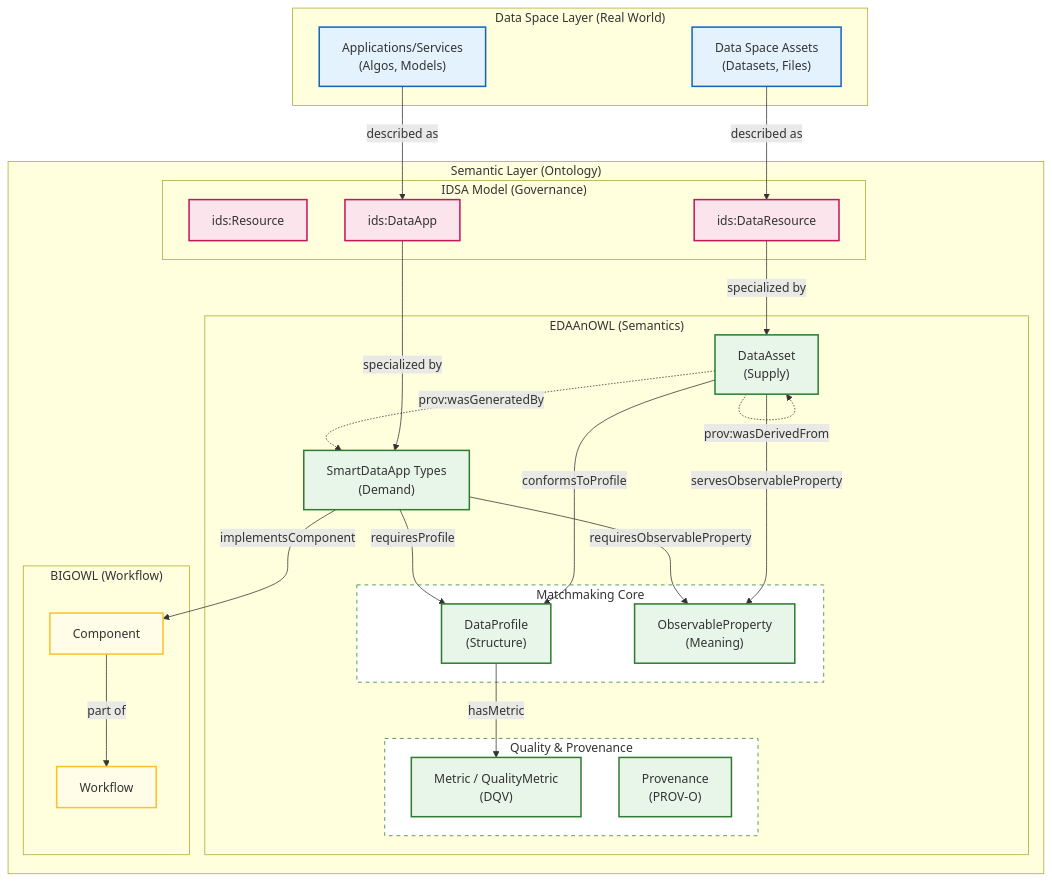
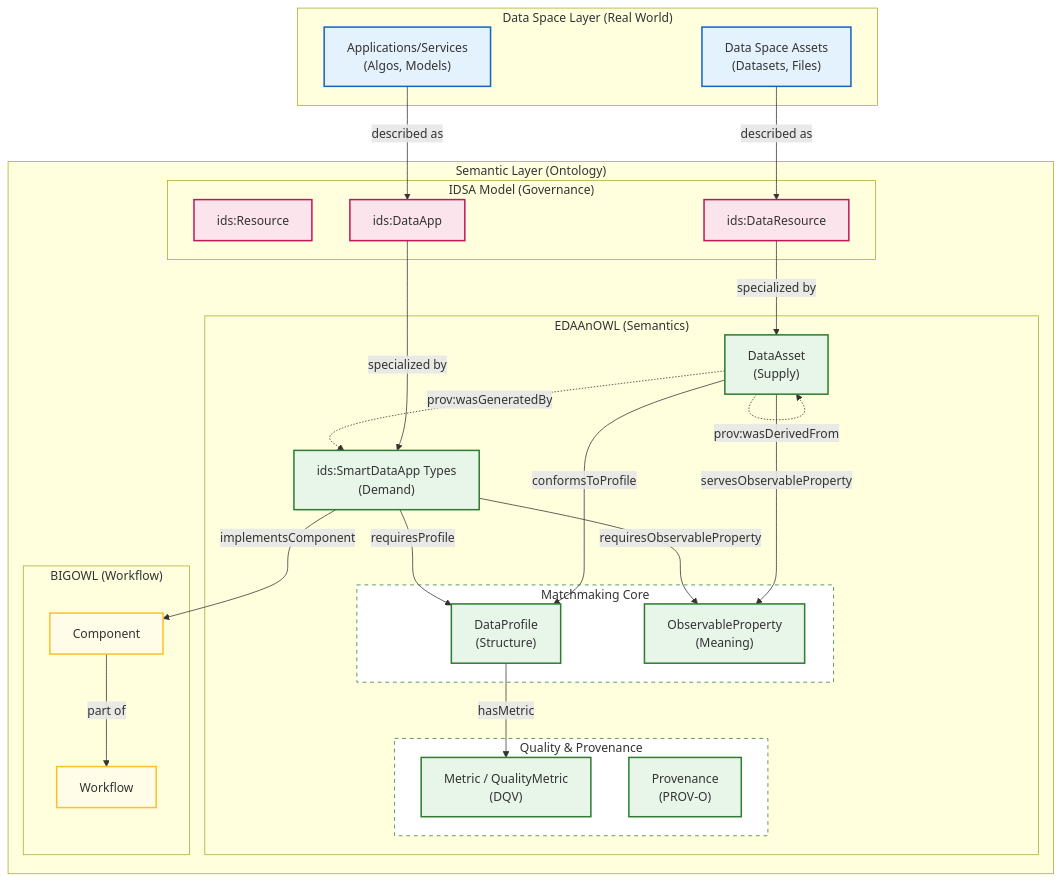
The diagram in ARCHITECTURE.md (KhaosResearch/EDAAnOWL), drawn with Mermaid before and after one commit. The commit also changed other lines of this file and 10 other files, not shown here.

````diff
--- a/ARCHITECTURE.md
+++ b/ARCHITECTURE.md
@@ -3,67 +3,67 @@
 ```mermaid
 graph TB
     subgraph DataSpace ["Data Space Layer (Real World)"]
         DS["Data Space Assets<br/>(Datasets, Files)"]
         AP["Applications/Services<br/>(Algos, Models)"]
     end
 
     subgraph Semantic ["Semantic Layer (Ontology)"]
         subgraph IDSA ["IDSA Model (Governance)"]
             IR["ids:Resource"]
             IDR["ids:DataResource"]
             IDA["ids:DataApp"]
         end
 
         subgraph EDAAnOWL ["EDAAnOWL (Semantics)"]
             DA["DataAsset<br/>(Supply)"]
-            Apps["SmartDataApp Types<br/>(Demand)"]
+            Apps["ids:SmartDataApp Types<br/>(Demand)"]
             
             subgraph Matchmaking ["Matchmaking Core"]
                 Prof["DataProfile<br/>(Structure)"]
                 OP["ObservableProperty<br/>(Meaning)"]
             end
             
             subgraph QualityProv ["Quality & Provenance"]
                 Met["Metric / QualityMetric<br/>(DQV)"]
                 Prov["Provenance<br/>(PROV-O)"]
             end
         end
 
         subgraph BIGOWL ["BIGOWL (Workflow)"]
             WF["Workflow"]
             Comp["Component"]
         end
     end
 
     %% Relationships
     DS -->|"described as"| IDR
     AP -->|"described as"| IDA
     IDR -->|"specialized by"| DA
     IDA -->|"specialized by"| Apps
     
     DA -- "servesObservableProperty" --> OP
     Apps -- "requiresObservableProperty" --> OP
     
     DA -- "conformsToProfile" --> Prof
     Apps -- "requiresProfile" --> Prof
 
     Prof -- "hasMetric" --> Met
     DA -.->|"prov:wasGeneratedBy"| Apps
     DA -.->|"prov:wasDerivedFrom"| DA
 
     Apps -- "implementsComponent" --> Comp
     Comp -->|"part of"| WF
 
     %% Styling
     classDef space fill:#e3f2fd,stroke:#1565c0,stroke-width:2px
     classDef idsa fill:#fce4ec,stroke:#c2185b,stroke-width:2px
     classDef edaan fill:#e8f5e9,stroke:#2e7d32,stroke-width:2px
     classDef bigowl fill:#fffde7,stroke:#fbc02d,stroke-width:2px
     classDef core fill:#ffffff,stroke:#2e7d32,stroke-width:1px,stroke-dasharray: 5 5
 
     class DS,AP space
     class IR,IDR,IDA idsa
     class DA,Apps,Prof,OP,Met,Prov edaan
     class WF,Comp bigowl
     class Matchmaking,QualityProv core
 ```
````
